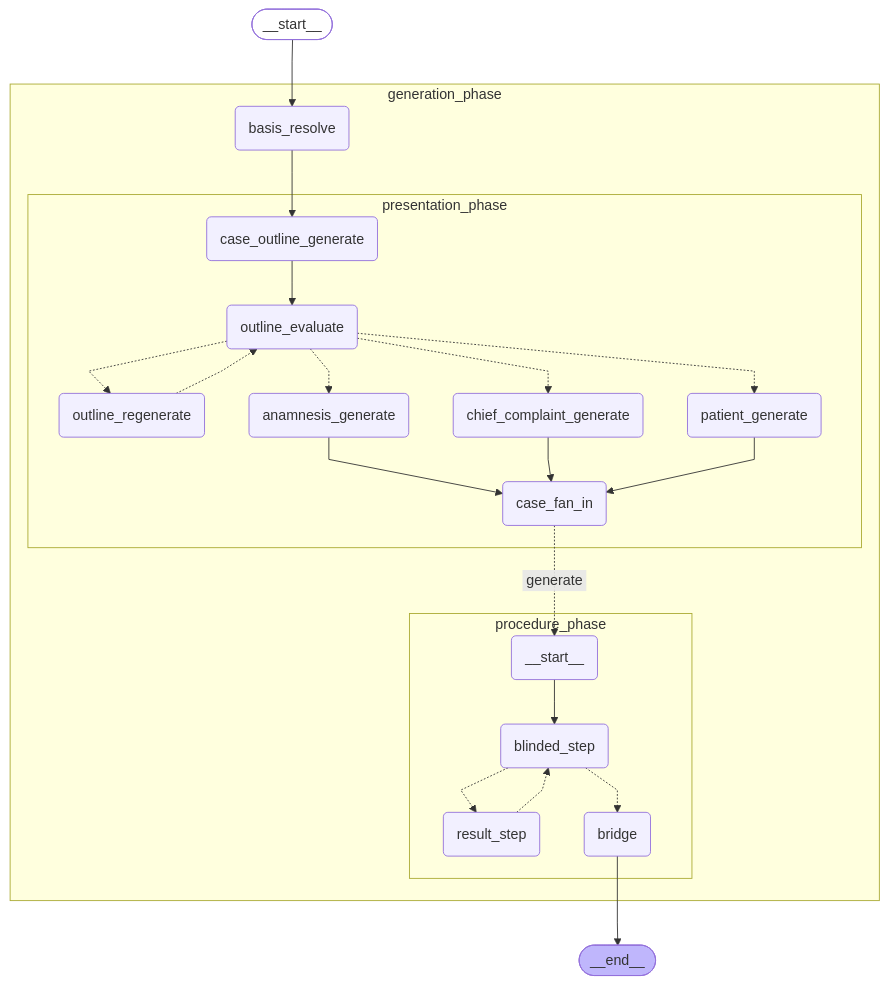
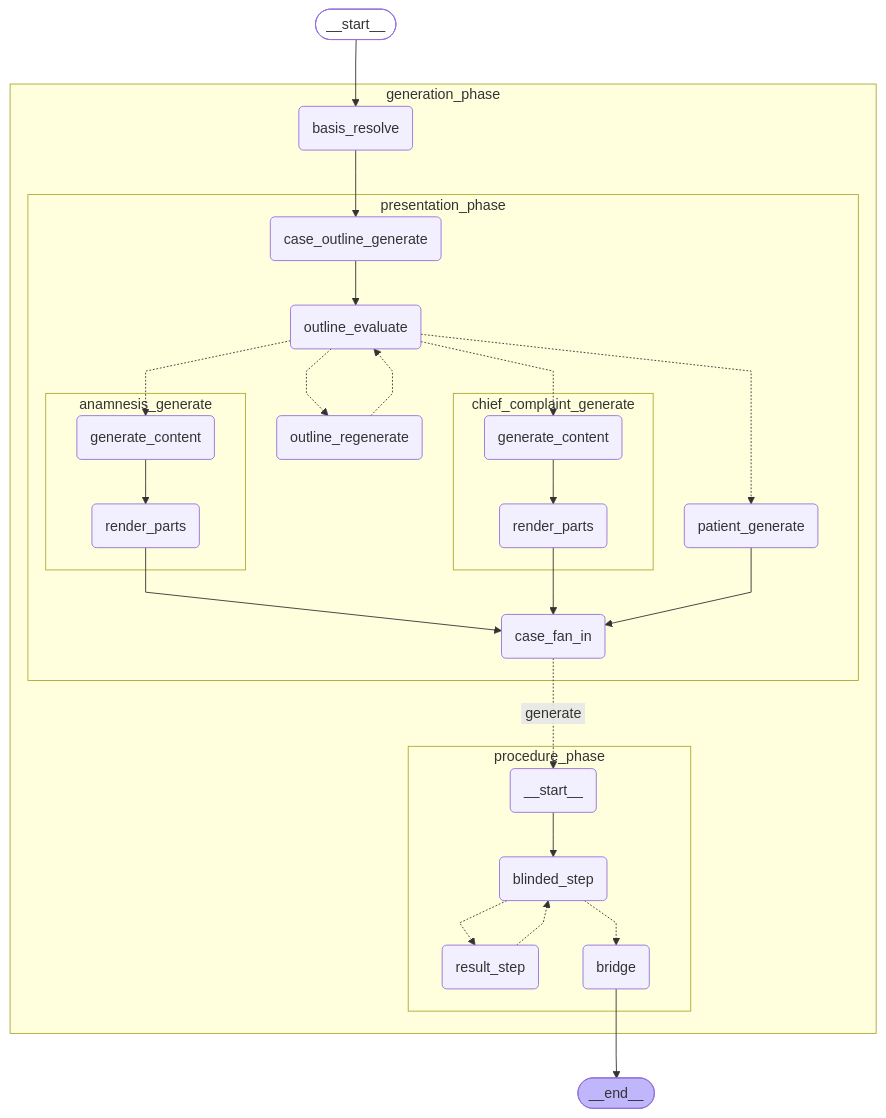
The diagram in docs/graphs/case-graph.none.mmd (janthoXO/AetioMed), drawn with Mermaid before and after one commit. The commit also changed 27 other files, not shown here.

First line of the commit message:
feat: give content-bearing presentation fields their own subgraphs

```diff
--- a/docs/graphs/case-graph.none.mmd
+++ b/docs/graphs/case-graph.none.mmd
@@ -1,42 +1,50 @@
 %%{init: {'flowchart': {'curve': 'linear'}}}%%
 graph TD;
 	__start__([<p>__start__</p>]):::first
 	generation_phase_basis_resolve(basis_resolve)
 	generation_phase_presentation_phase_case_outline_generate(case_outline_generate)
 	generation_phase_presentation_phase_outline_evaluate(outline_evaluate)
 	generation_phase_presentation_phase_outline_regenerate(outline_regenerate)
 	generation_phase_presentation_phase_patient_generate(patient_generate)
-	generation_phase_presentation_phase_chief_complaint_generate(chief_complaint_generate)
-	generation_phase_presentation_phase_anamnesis_generate(anamnesis_generate)
+	generation_phase_presentation_phase_chief_complaint_generate_generate_content(generate_content)
+	generation_phase_presentation_phase_chief_complaint_generate_render_parts(render_parts)
+	generation_phase_presentation_phase_anamnesis_generate_generate_content(generate_content)
+	generation_phase_presentation_phase_anamnesis_generate_render_parts(render_parts)
 	generation_phase_presentation_phase_case_fan_in(case_fan_in)
 	generation_phase_procedure_phase___start__(<p>__start__</p>)
 	generation_phase_procedure_phase_blinded_step(blinded_step)
 	generation_phase_procedure_phase_result_step(result_step)
 	generation_phase_procedure_phase_bridge(bridge)
 	__end__([<p>__end__</p>]):::last
 	__start__ --> generation_phase_basis_resolve;
 	generation_phase_procedure_phase_bridge --> __end__;
 	subgraph generation_phase
 	subgraph presentation_phase
-	generation_phase_presentation_phase_anamnesis_generate --> generation_phase_presentation_phase_case_fan_in;
+	subgraph chief_complaint_generate
+	generation_phase_presentation_phase_chief_complaint_generate_generate_content --> generation_phase_presentation_phase_chief_complaint_generate_render_parts;
+	end
+	subgraph anamnesis_generate
+	generation_phase_presentation_phase_anamnesis_generate_generate_content --> generation_phase_presentation_phase_anamnesis_generate_render_parts;
+	end
+	generation_phase_presentation_phase_anamnesis_generate_render_parts --> generation_phase_presentation_phase_case_fan_in;
 	generation_phase_presentation_phase_case_outline_generate --> generation_phase_presentation_phase_outline_evaluate;
-	generation_phase_presentation_phase_chief_complaint_generate --> generation_phase_presentation_phase_case_fan_in;
+	generation_phase_presentation_phase_chief_complaint_generate_render_parts --> generation_phase_presentation_phase_case_fan_in;
 	generation_phase_presentation_phase_patient_generate --> generation_phase_presentation_phase_case_fan_in;
 	generation_phase_presentation_phase_outline_evaluate -.-> generation_phase_presentation_phase_outline_regenerate;
 	generation_phase_presentation_phase_outline_evaluate -.-> generation_phase_presentation_phase_patient_generate;
-	generation_phase_presentation_phase_outline_evaluate -.-> generation_phase_presentation_phase_chief_complaint_generate;
-	generation_phase_presentation_phase_outline_evaluate -.-> generation_phase_presentation_phase_anamnesis_generate;
+	generation_phase_presentation_phase_outline_evaluate -.-> generation_phase_presentation_phase_chief_complaint_generate_generate_content;
+	generation_phase_presentation_phase_outline_evaluate -.-> generation_phase_presentation_phase_anamnesis_generate_generate_content;
 	generation_phase_presentation_phase_outline_regenerate -.-> generation_phase_presentation_phase_outline_evaluate;
 	end
 	subgraph procedure_phase
 	generation_phase_procedure_phase___start__ --> generation_phase_procedure_phase_blinded_step;
 	generation_phase_procedure_phase_blinded_step -.-> generation_phase_procedure_phase_result_step;
 	generation_phase_procedure_phase_blinded_step -.-> generation_phase_procedure_phase_bridge;
 	generation_phase_procedure_phase_result_step -.-> generation_phase_procedure_phase_blinded_step;
 	end
 	generation_phase_basis_resolve --> generation_phase_presentation_phase_case_outline_generate;
 	generation_phase_presentation_phase_case_fan_in -. &nbsp;generate&nbsp; .-> generation_phase_procedure_phase___start__;
 	end
 	classDef default fill:#f2f0ff,line-height:1.2;
 	classDef first fill-opacity:0;
 	classDef last fill:#bfb6fc;
```
